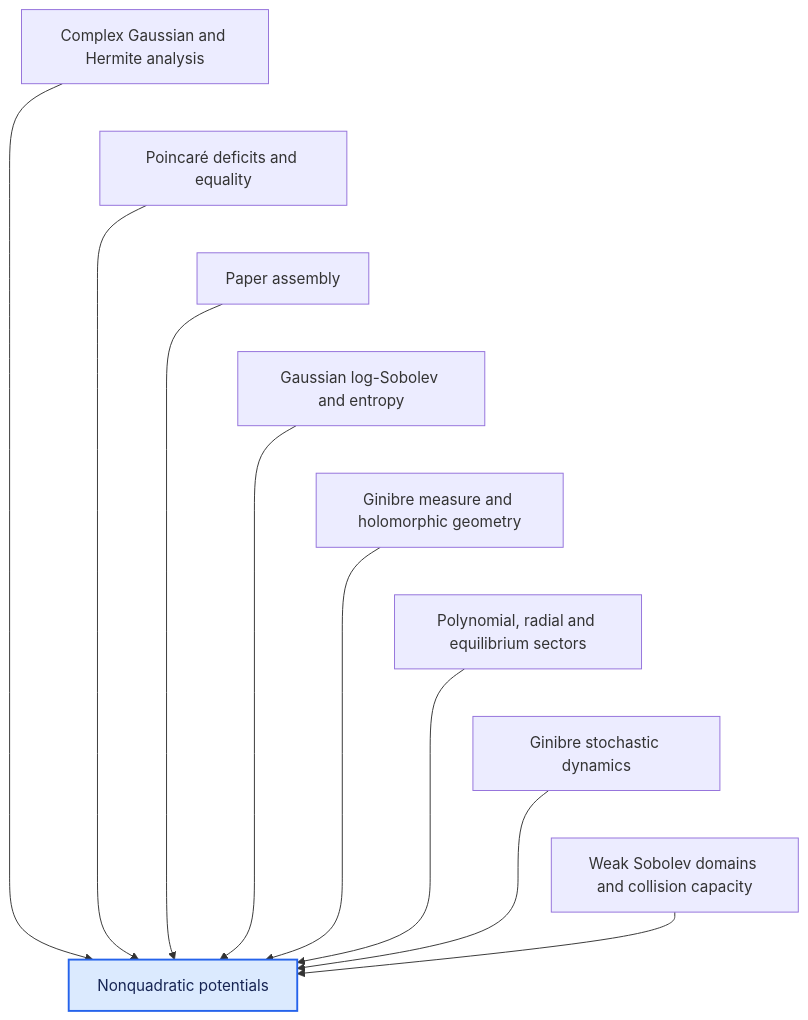
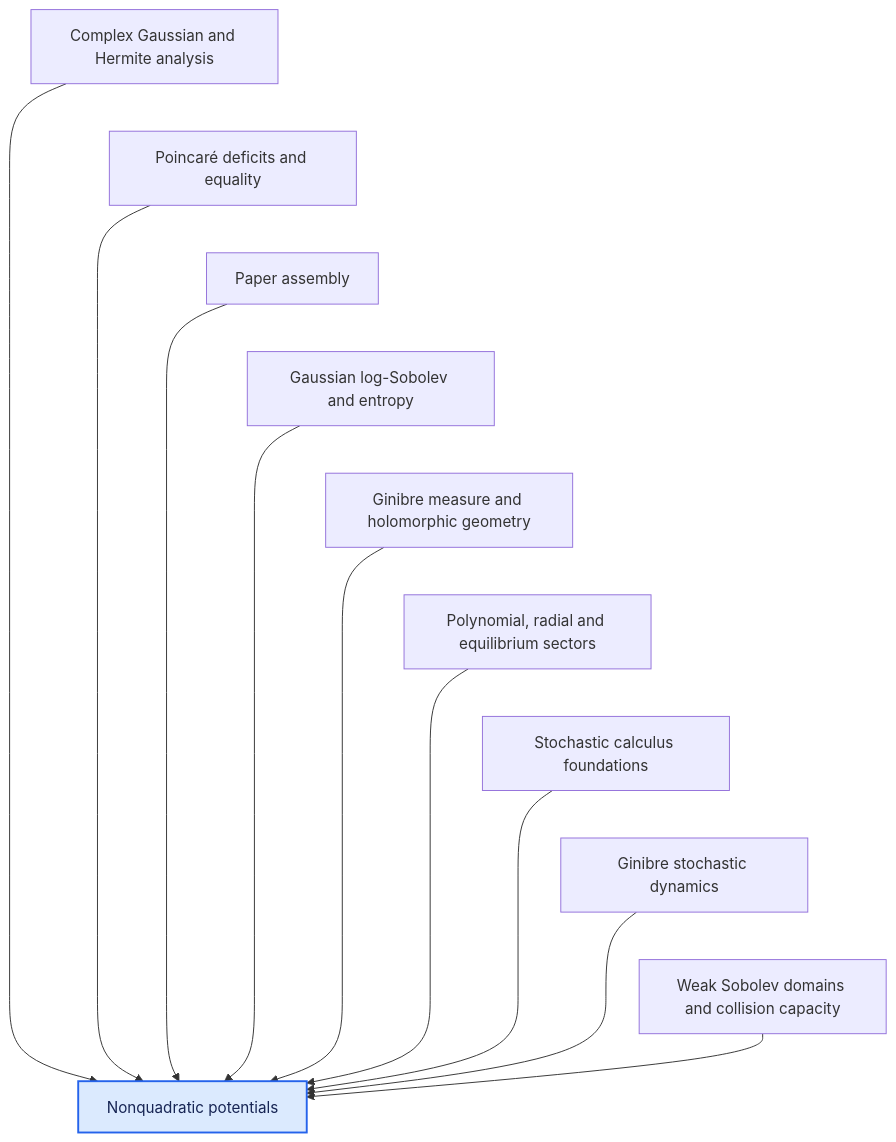
One commit to djalilchafai/ginibre-poincare changed diagram 11 of 12 in DEPENDENCIES.md. Above: the diagram before and after it, drawn with Mermaid. The commit also changed 61 other files, not shown here.

````diff
--- a/DEPENDENCIES.md
+++ b/DEPENDENCIES.md
@@ -298,20 +298,22 @@
 ```mermaid
 flowchart TB
   ComplexGaussianHermite["Complex Gaussian and Hermite analysis"] --> NonQuadratic["Nonquadratic potentials"]
   DeficitsEquality["Poincaré deficits and equality"] --> NonQuadratic["Nonquadratic potentials"]
   Endgame["Paper assembly"] --> NonQuadratic["Nonquadratic potentials"]
   GaussianLSI["Gaussian log-Sobolev and entropy"] --> NonQuadratic["Nonquadratic potentials"]
   GinibreMeasureGeometry["Ginibre measure and holomorphic geometry"] --> NonQuadratic["Nonquadratic potentials"]
   PolynomialRadial["Polynomial, radial and equilibrium sectors"] --> NonQuadratic["Nonquadratic potentials"]
+  StochasticCalculus["Stochastic calculus foundations"] --> NonQuadratic["Nonquadratic potentials"]
   StochasticDynamics["Ginibre stochastic dynamics"] --> NonQuadratic["Nonquadratic potentials"]
   WeakSobolev["Weak Sobolev domains and collision capacity"] --> NonQuadratic["Nonquadratic potentials"]
   ComplexGaussianHermite ~~~ DeficitsEquality
   DeficitsEquality ~~~ Endgame
   Endgame ~~~ GaussianLSI
   GaussianLSI ~~~ GinibreMeasureGeometry
   GinibreMeasureGeometry ~~~ PolynomialRadial
-  PolynomialRadial ~~~ StochasticDynamics
+  PolynomialRadial ~~~ StochasticCalculus
+  StochasticCalculus ~~~ StochasticDynamics
   StochasticDynamics ~~~ WeakSobolev
   classDef target fill:#dbeafe,stroke:#2563eb,stroke-width:2px,color:#172554;
   class NonQuadratic target;
 ```
````
